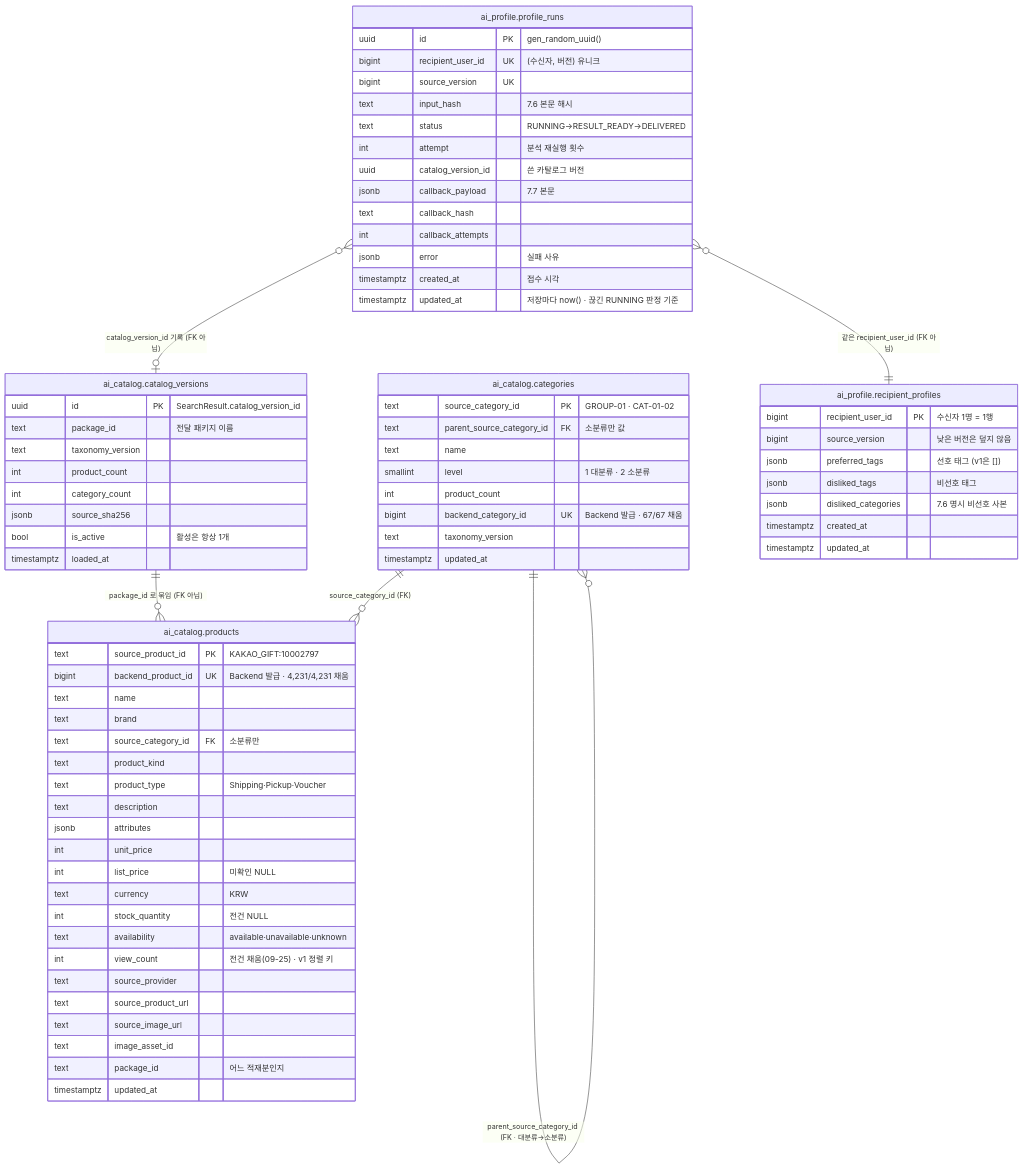
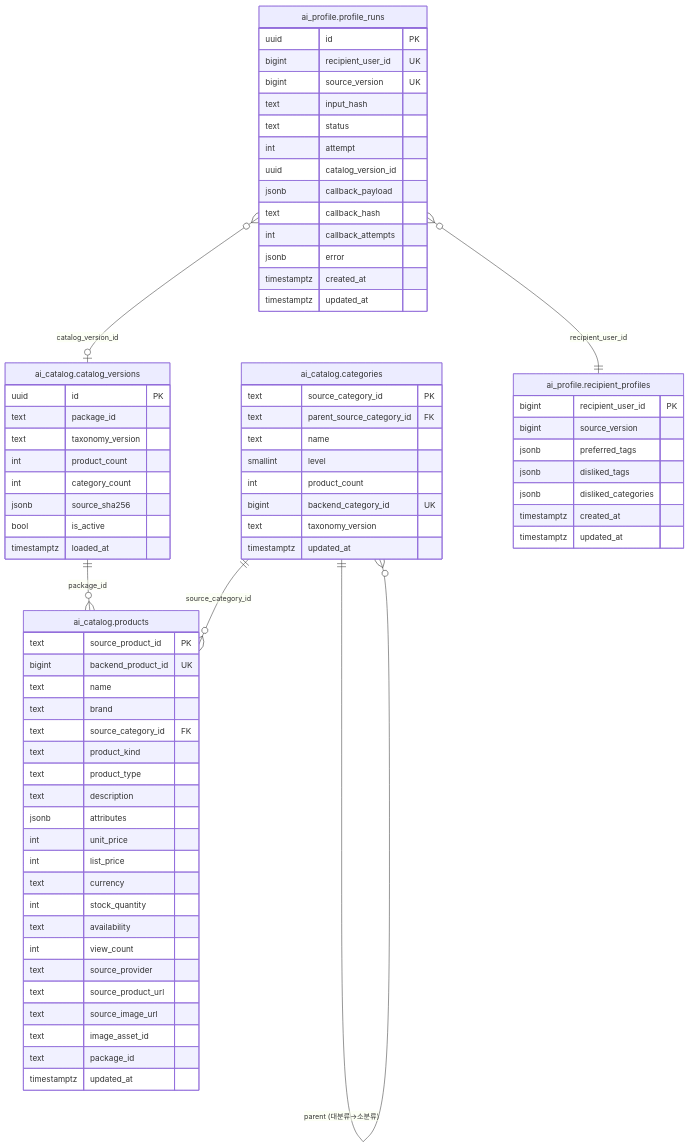
One commit to 100-hours-a-week/KTB4-12th-AI changed the first of 3 diagrams in profiling/docs/DB_ERD.md. Above: the diagram before and after it, drawn with Mermaid. The commit also changed other lines of this file and 70 other files, not shown here.

````diff
--- a/profiling/docs/DB_ERD.md
+++ b/profiling/docs/DB_ERD.md
@@ -61,76 +61,76 @@
 ```mermaid
 erDiagram
-  "ai_catalog.catalog_versions" ||--o{ "ai_catalog.products" : "package_id 로 묶임 (FK 아님)"
-  "ai_catalog.categories" ||--o{ "ai_catalog.products" : "source_category_id (FK)"
-  "ai_catalog.categories" ||--o{ "ai_catalog.categories" : "parent_source_category_id (FK · 대분류→소분류)"
-  "ai_profile.profile_runs" }o--|| "ai_profile.recipient_profiles" : "같은 recipient_user_id (FK 아님)"
-  "ai_profile.profile_runs" }o--o| "ai_catalog.catalog_versions" : "catalog_version_id 기록 (FK 아님)"
+  "ai_catalog.catalog_versions" ||--o{ "ai_catalog.products" : "package_id"
+  "ai_catalog.categories" ||--o{ "ai_catalog.products" : "source_category_id"
+  "ai_catalog.categories" ||--o{ "ai_catalog.categories" : "parent (대분류→소분류)"
+  "ai_profile.profile_runs" }o--|| "ai_profile.recipient_profiles" : "recipient_user_id"
+  "ai_profile.profile_runs" }o--o| "ai_catalog.catalog_versions" : "catalog_version_id"
 
   "ai_profile.recipient_profiles" {
-    bigint recipient_user_id PK "수신자 1명 = 1행"
-    bigint source_version "낮은 버전은 덮지 않음"
-    jsonb preferred_tags "선호 태그 (v1은 [])"
-    jsonb disliked_tags "비선호 태그"
-    jsonb disliked_categories "7.6 명시 비선호 사본"
+    bigint recipient_user_id PK
+    bigint source_version
+    jsonb preferred_tags
+    jsonb disliked_tags
+    jsonb disliked_categories
     timestamptz created_at
     timestamptz updated_at
   }
   "ai_profile.profile_runs" {
-    uuid id PK "gen_random_uuid()"
-    bigint recipient_user_id UK "(수신자, 버전) 유니크"
+    uuid id PK
+    bigint recipient_user_id UK
     bigint source_version UK
-    text input_hash "7.6 본문 해시"
-    text status "RUNNING→RESULT_READY→DELIVERED"
-    int attempt "분석 재실행 횟수"
-    uuid catalog_version_id "쓴 카탈로그 버전"
-    jsonb callback_payload "7.7 본문"
+    text input_hash
+    text status
+    int attempt
+    uuid catalog_version_id
+    jsonb callback_payload
     text callback_hash
     int callback_attempts
-    jsonb error "실패 사유"
-    timestamptz created_at "접수 시각"
-    timestamptz updated_at "저장마다 now() · 끊긴 RUNNING 판정 기준"
+    jsonb error
+    timestamptz created_at
+    timestamptz updated_at
   }
   "ai_catalog.catalog_versions" {
-    uuid id PK "SearchResult.catalog_version_id"
-    text package_id "전달 패키지 이름"
+    uuid id PK
+    text package_id
     text taxonomy_version
     int product_count
     int category_count
     jsonb source_sha256
-    bool is_active "활성은 항상 1개"
+    bool is_active
     timestamptz loaded_at
   }
   "ai_catalog.categories" {
-    text source_category_id PK "GROUP-01 · CAT-01-02"
-    text parent_source_category_id FK "소분류만 값"
+    text source_category_id PK
+    text parent_source_category_id FK
     text name
-    smallint level "1 대분류 · 2 소분류"
+    smallint level
     int product_count
-    bigint backend_category_id UK "Backend 발급 · 67/67 채움"
+    bigint backend_category_id UK
     text taxonomy_version
     timestamptz updated_at
   }
   "ai_catalog.products" {
-    text source_product_id PK "KAKAO_GIFT:10002797"
-    bigint backend_product_id UK "Backend 발급 · 4,231/4,231 채움"
+    text source_product_id PK
+    bigint backend_product_id UK
     text name
     text brand
-    text source_category_id FK "소분류만"
+    text source_category_id FK
     text product_kind
-    text product_type "Shipping·Pickup·Voucher"
+    text product_type
     text description
     jsonb attributes
     int unit_price
-    int list_price "미확인 NULL"
-    text currency "KRW"
-    int stock_quantity "전건 NULL"
-    text availability "available·unavailable·unknown"
-    int view_count "전건 채움(09-25) · v1 정렬 키"
+    int list_price
+    text currency
+    int stock_quantity
+    text availability
+    int view_count
     text source_provider
     text source_product_url
     text source_image_url
     text image_asset_id
-    text package_id "어느 적재분인지"
+    text package_id
     timestamptz updated_at
   }
 ```
````
